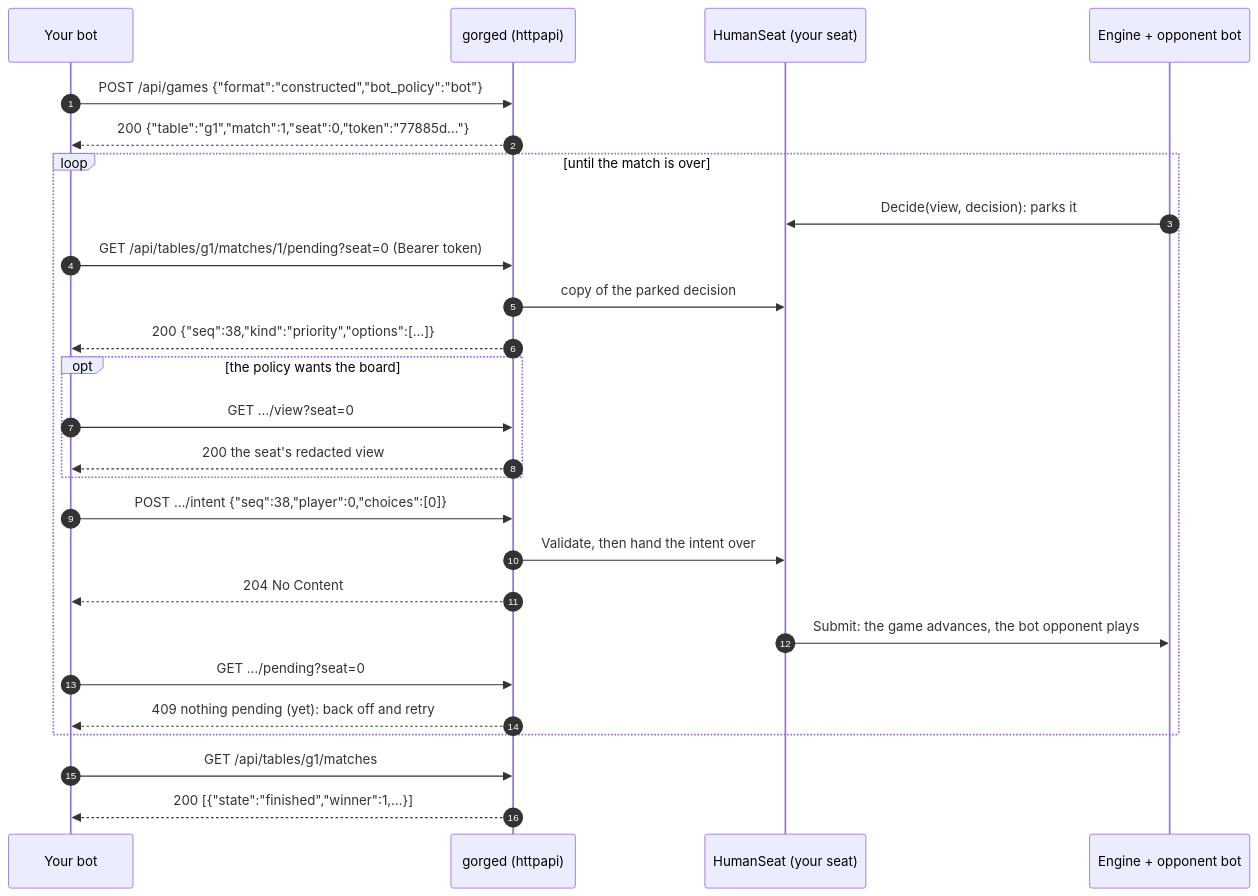
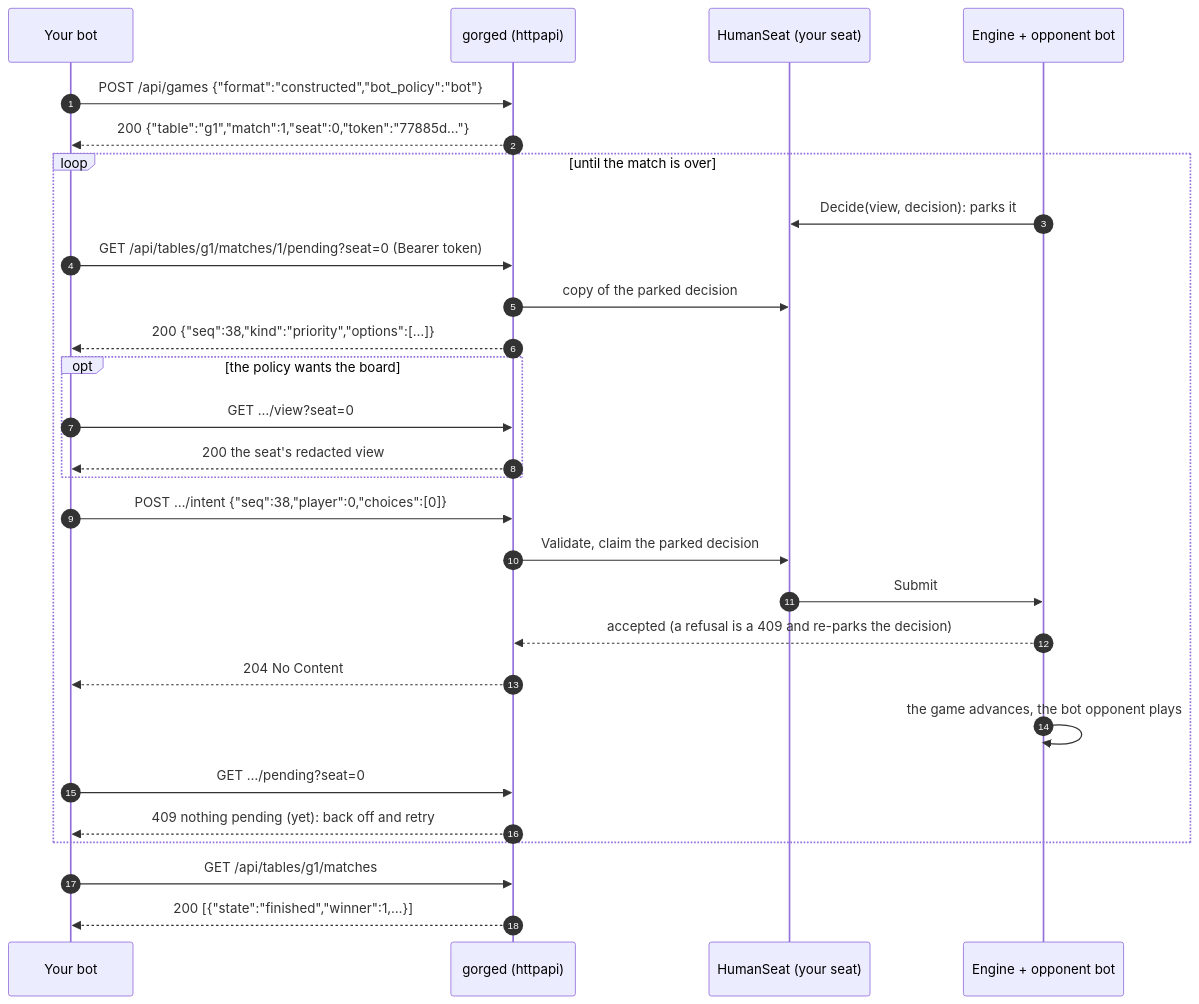
The diagram in docs/site/bots/http.md (adams-shaun/gorge), drawn with Mermaid before and after one commit. The commit also changed other lines of this file and 8 other files, not shown here.

````diff
--- a/docs/site/bots/http.md
+++ b/docs/site/bots/http.md
@@ -56,28 +58,30 @@
 ```mermaid
 sequenceDiagram
   autonumber
   participant B as Your bot
   participant H as gorged (httpapi)
   participant S as HumanSeat (your seat)
   participant E as Engine + opponent bot
   B->>H: POST /api/games {"format":"constructed","bot_policy":"bot"}
   H-->>B: 200 {"table":"g1","match":1,"seat":0,"token":"77885d…"}
   loop until the match is over
     E->>S: Decide(view, decision): parks it
     B->>H: GET /api/tables/g1/matches/1/pending?seat=0 (Bearer token)
     H->>S: copy of the parked decision
     H-->>B: 200 {"seq":38,"kind":"priority","options":[…]}
     opt the policy wants the board
       B->>H: GET …/view?seat=0
       H-->>B: 200 the seat's redacted view
     end
     B->>H: POST …/intent {"seq":38,"player":0,"choices":[0]}
-    H->>S: Validate, then hand the intent over
+    H->>S: Validate, claim the parked decision
+    S->>E: Submit
+    E-->>H: accepted (a refusal is a 409 and re-parks the decision)
     H-->>B: 204 No Content
-    S->>E: Submit: the game advances, the bot opponent plays
+    E->>E: the game advances, the bot opponent plays
     B->>H: GET …/pending?seat=0
     H-->>B: 409 nothing pending (yet): back off and retry
   end
   B->>H: GET /api/tables/g1/matches
   H-->>B: 200 [{"state":"finished","winner":1,…}]
 ```
````
